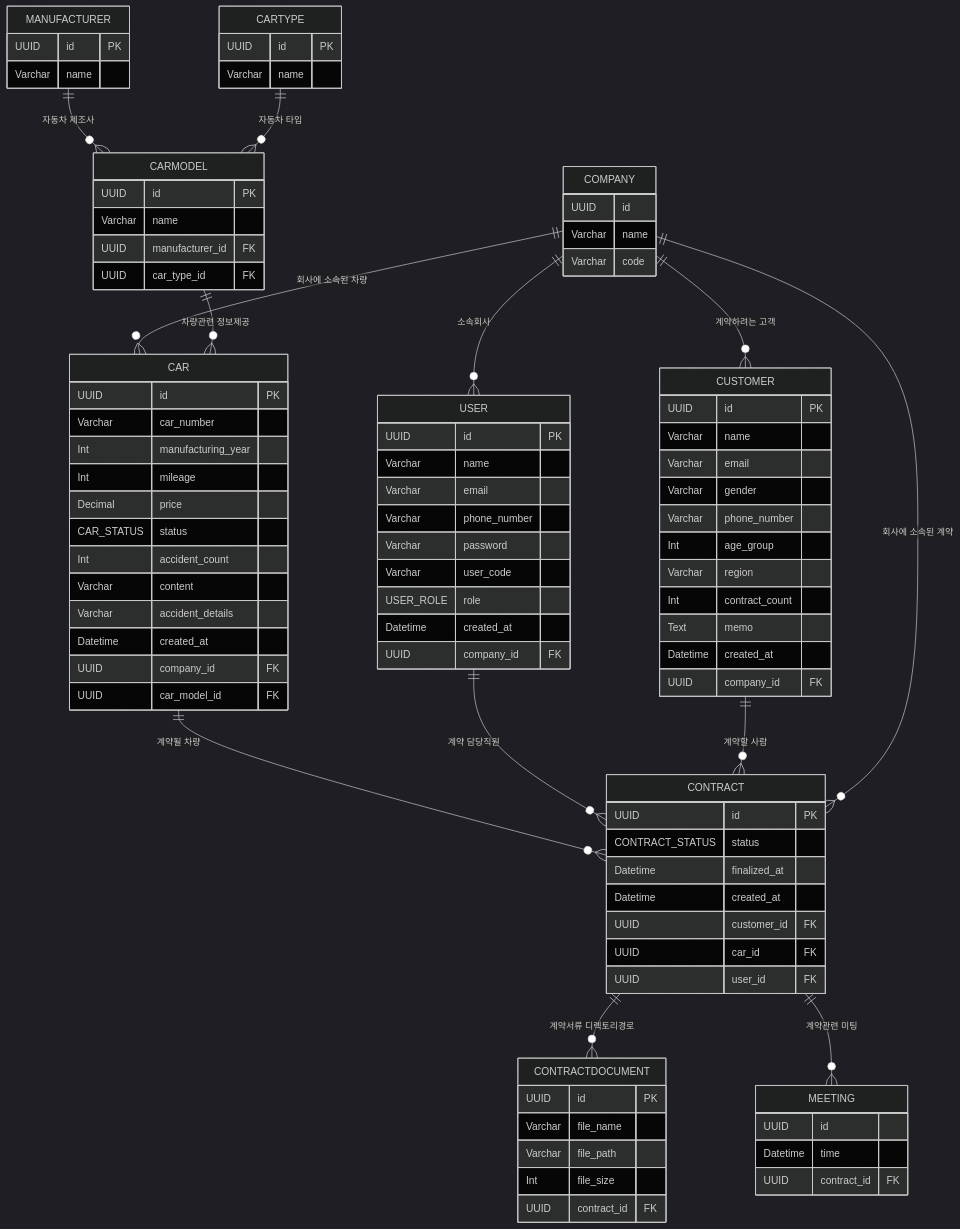
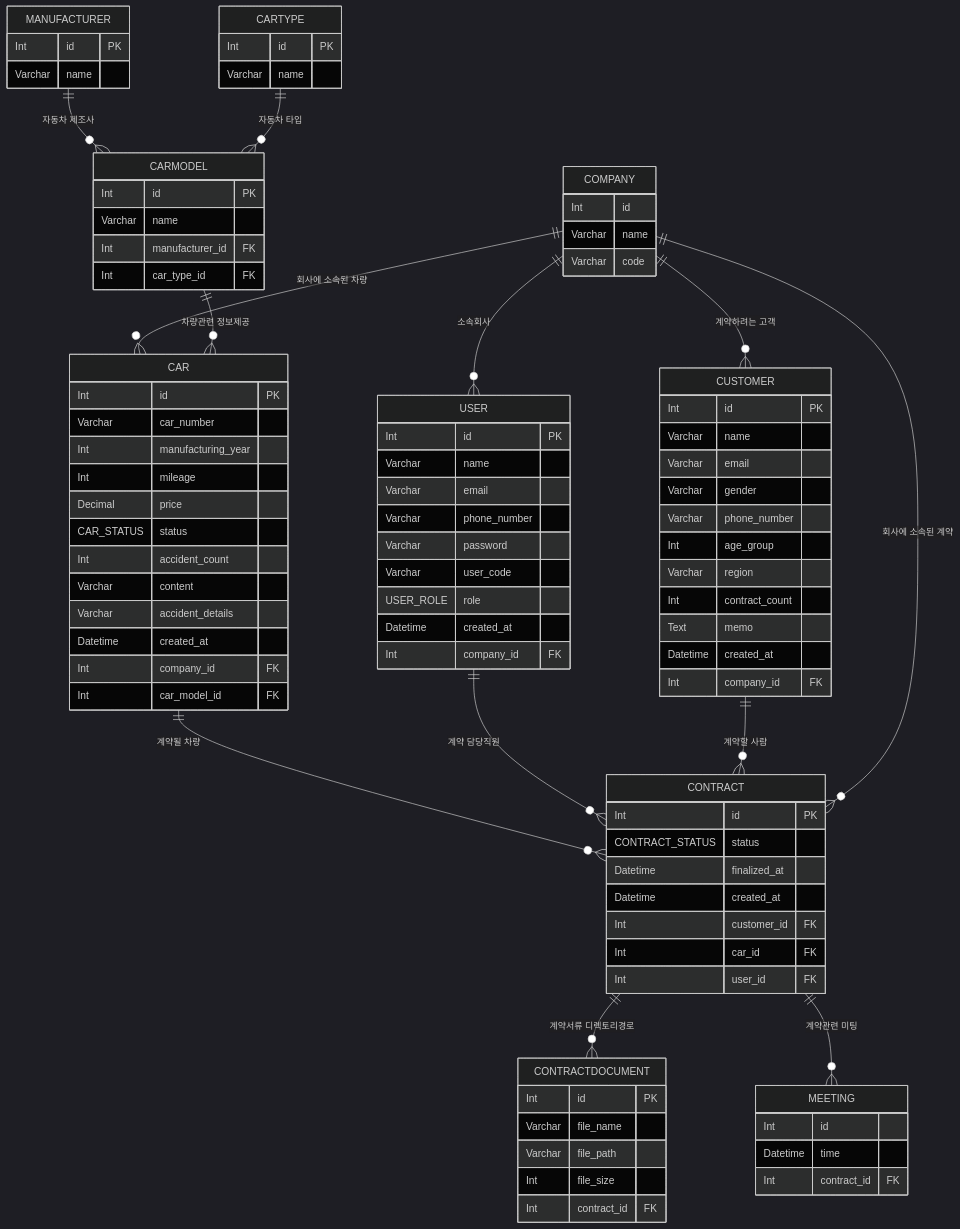
The diagram in README.md (NB-1-DearCarmate/1-DearCarmate-3), drawn with Mermaid (dark theme) before and after one commit. The commit also changed 3 other files, not shown here.

````diff
--- a/README.md
+++ b/README.md
@@ -1,7 +1,7 @@
 ```mermaid
 erDiagram
 USER {
-  UUID id PK
+  Int id PK
   Varchar name
   Varchar email
   Varchar phone_number
@@ -9,13 +9,13 @@
   Varchar user_code
   USER_ROLE role
   Datetime created_at
-  UUID company_id FK
+  Int company_id FK
 }
 %% ENUM TYPE: USER_ROLE
 %% VALUES: ADMIN, OWNER, EMPLOYEE
 
 CUSTOMER{
-  UUID id PK
+  Int id PK
   Varchar name
   Varchar email
   Varchar gender
@@ -25,11 +25,11 @@
   Int contract_count
   Text memo
   Datetime created_at
-  UUID company_id FK
+  Int company_id FK
 }
 
 CAR{
-  UUID id PK
+  Int id PK
   Varchar car_number
   Int manufacturing_year
   Int mileage
@@ -39,57 +39,57 @@
   Varchar content
   Varchar accident_details
   Datetime created_at
-  UUID company_id FK
-  UUID car_model_id FK
+  Int company_id FK
+  Int car_model_id FK
 }
 %% ENUM TYPE: CAR_STATUS
 %% VALUES: AVAILABLE, PENDING, SOLD
 
 CONTRACT{
-  UUID id PK
+  Int id PK
   CONTRACT_STATUS status
   Datetime finalized_at
   Datetime created_at
-  UUID customer_id FK
-  UUID car_id FK
-  UUID user_id FK
+  Int customer_id FK
+  Int car_id FK
+  Int user_id FK
 }
 %% ENUM TYPE: CONTRACT_STATUS
 %% VALUES: VEHICLE_CHECKING, PRICE_CHECKING, CONTRACT_PREPARING, CONTRACT_SUCCESS, CONTRACT_FAILED
 
 CONTRACTDOCUMENT{
-  UUID id PK
+  Int id PK
   Varchar file_name
   Varchar file_path
   Int     file_size
-  UUID contract_id FK
+  Int contract_id FK
 }
 
 MANUFACTURER{
-  UUID id PK
+  Int id PK
   Varchar name
 }
 
 CARTYPE{
-  UUID id PK
+  Int id PK
   Varchar name
 }
 
 CARMODEL{
-  UUID id PK
+  Int id PK
   Varchar name
-  UUID manufacturer_id FK
-  UUID car_type_id FK
+  Int manufacturer_id FK
+  Int car_type_id FK
 }
 
 MEETING{
-  UUID id
+  Int id
   Datetime time
-  UUID contract_id FK
+  Int contract_id FK
 }
 
 COMPANY{
-  UUID id
+  Int id
   Varchar name
   Varchar code
 }
````
